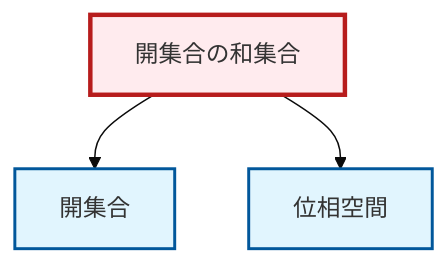
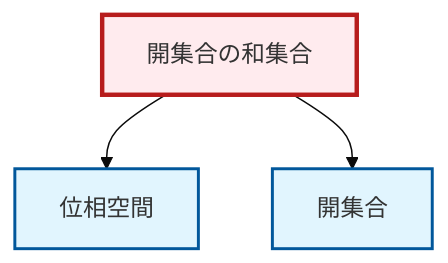
The diagram in output/mermaid/ja/thm-union-open-sets.mermaid (RK0429/ModernMath), drawn with Mermaid (base theme) before and after one commit. The commit also changed other lines of this file and 3325 other files, not shown here.

```diff
--- a/output/mermaid/ja/thm-union-open-sets.mermaid
+++ b/output/mermaid/ja/thm-union-open-sets.mermaid
@@ -1,12 +1,12 @@
 graph TD
     classDef definition fill:#e1f5fe,stroke:#01579b,stroke-width:2px
     classDef theorem fill:#f3e5f5,stroke:#4a148c,stroke-width:2px
     classDef axiom fill:#fff3e0,stroke:#e65100,stroke-width:2px
     classDef example fill:#e8f5e9,stroke:#1b5e20,stroke-width:2px
     classDef current fill:#ffebee,stroke:#b71c1c,stroke-width:3px
-    def-topological-space["位相空間"]:::definition
     thm-union-open-sets["開集合の和集合"]:::theorem
     def-open-set["開集合"]:::definition
+    def-topological-space["位相空間"]:::definition
+    thm-union-open-sets --> def-topological-space
     thm-union-open-sets --> def-open-set
-    thm-union-open-sets --> def-topological-space
     class thm-union-open-sets current
```
